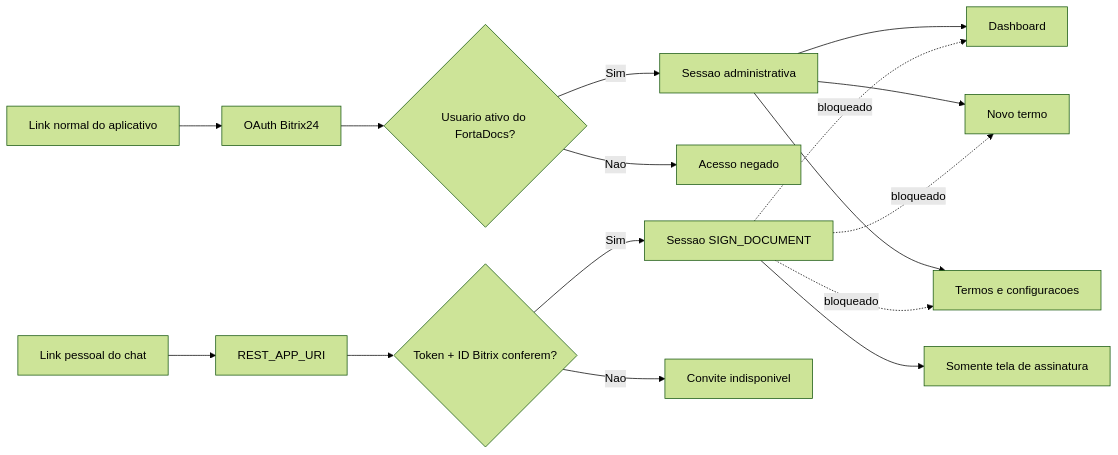
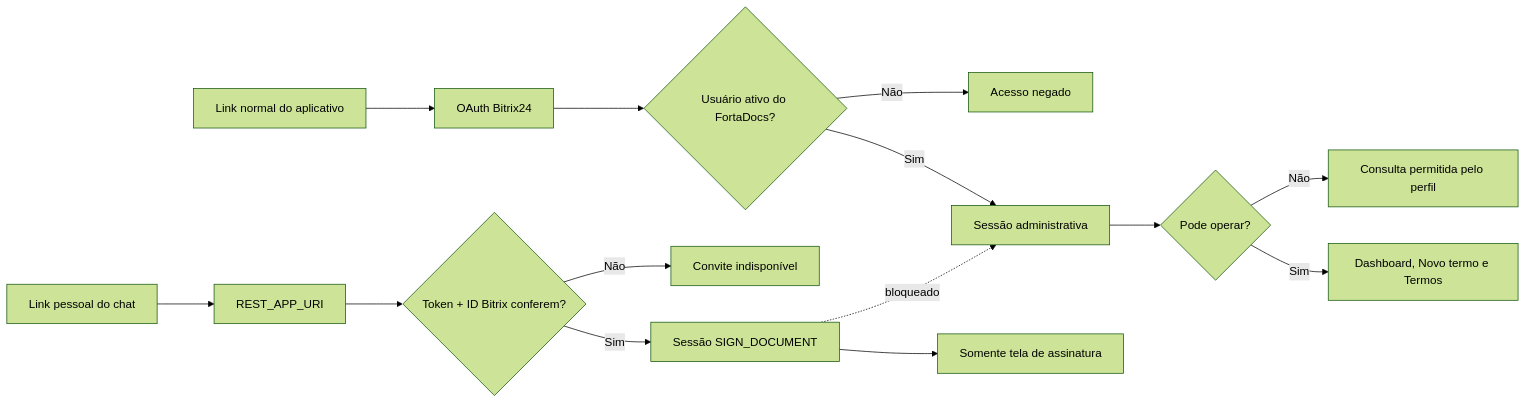
Before and after one commit to LucasNicotari/fortatech-termos-responsabilidade: the second of 3 diagrams in docs/internal-signing-flow.md, drawn with Mermaid (forest theme). The commit also changed other lines of this file and 52 other files, not shown here.

````diff
--- a/docs/internal-signing-flow.md
+++ b/docs/internal-signing-flow.md
@@ -61,20 +73,18 @@
 ```mermaid
 flowchart LR
     A[Link normal do aplicativo] --> B[OAuth Bitrix24]
-    B --> C{Usuario ativo do FortaDocs?}
-    C -- Sim --> D[Sessao administrativa]
-    D --> E[Dashboard]
-    D --> F[Novo termo]
-    D --> G[Termos e configuracoes]
-    C -- Nao --> H[Acesso negado]
+    B --> C{Usuário ativo do FortaDocs?}
+    C -- Sim --> D[Sessão administrativa]
+    D --> E{Pode operar?}
+    E -- Sim --> F[Dashboard, Novo termo e Termos]
+    E -- Não --> G[Consulta permitida pelo perfil]
+    C -- Não --> H[Acesso negado]
 
     I[Link pessoal do chat] --> J[REST_APP_URI]
     J --> K{Token + ID Bitrix conferem?}
-    K -- Sim --> L[Sessao SIGN_DOCUMENT]
+    K -- Sim --> L[Sessão SIGN_DOCUMENT]
     L --> M[Somente tela de assinatura]
-    K -- Nao --> N[Convite indisponivel]
+    K -- Não --> N[Convite indisponível]
 
-    L -. bloqueado .-> E
-    L -. bloqueado .-> F
-    L -. bloqueado .-> G
+    L -. bloqueado .-> D
 ```
````
